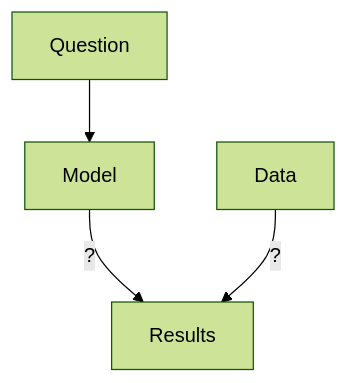
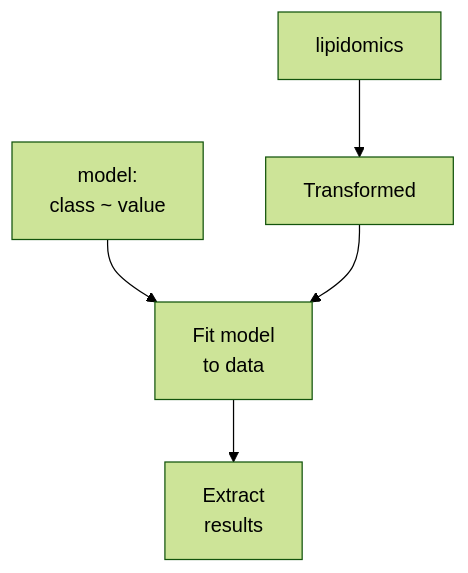
The second of 3 diagrams in sessions/stats-analyses-basic.qmd (rostools/r-cubed-advanced), drawn with Mermaid (forest theme) before and after one commit. The commit also changed other lines of this file, not shown here.

````diff
--- a/sessions/stats-analyses-basic.qmd
+++ b/sessions/stats-analyses-basic.qmd
@@ -384,5 +153,7 @@
 ```{mermaid}
 flowchart TB
-    q[Question] --> model[Model]
-    model & data[Data] -->|?| rs[Results]
+    model["model:<br>class ~ value"]
+    lipidomics --> transformed[Transformed]
+    model & transformed --> fit_model[Fit model<br>to data]
+    fit_model --> extract_results[Extract<br>results]
 ```
````
